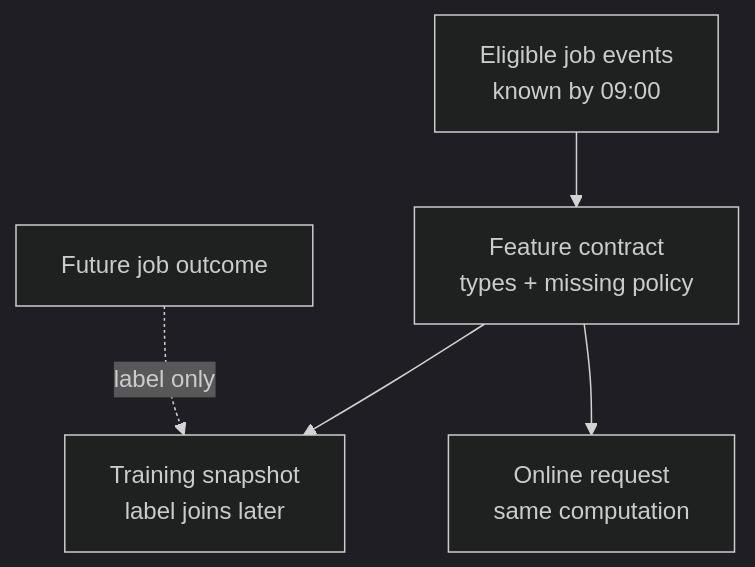
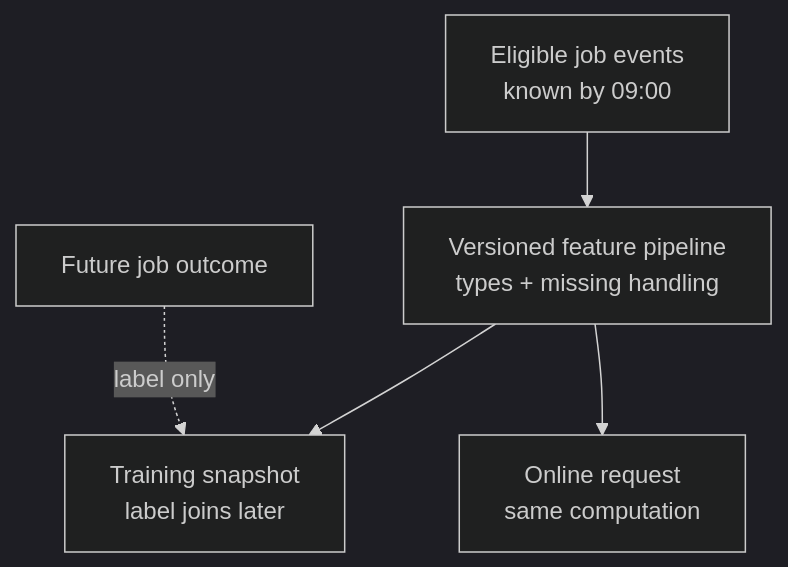
Before and after one commit to bvolpato/leetllm: the diagram in web/src/content/foundations/feature-engineering-production-ml/content.md, drawn with Mermaid (dark theme). The commit also changed other lines of this file and 23 other files, not shown here.

````diff
--- a/web/src/content/foundations/feature-engineering-production-ml/content.md
+++ b/web/src/content/foundations/feature-engineering-production-ml/content.md
@@ -101,7 +109,7 @@
 ```mermaid
 flowchart TB
-    A["Eligible job events<br/>known by 09:00"]:::secondary --> B["Feature contract<br/>types + missing policy"]:::primary
+    A["Eligible job events<br/>known by 09:00"]:::secondary --> B["Versioned feature pipeline<br/>types + missing handling"]:::primary
     B --> C["Training snapshot<br/>label joins later"]:::muted
     B --> D["Online request<br/>same computation"]:::accent
     G["Future job outcome"]:::warning -. "label only" .-> C
 ```
````
